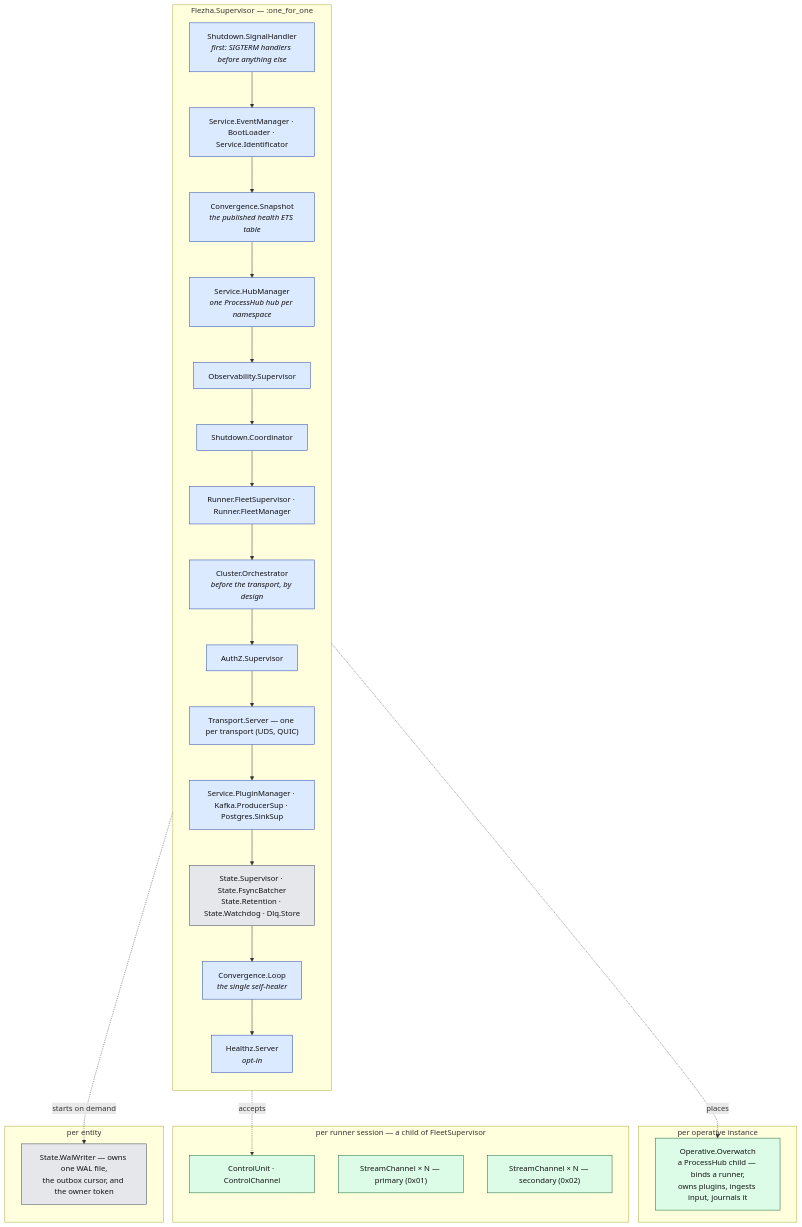
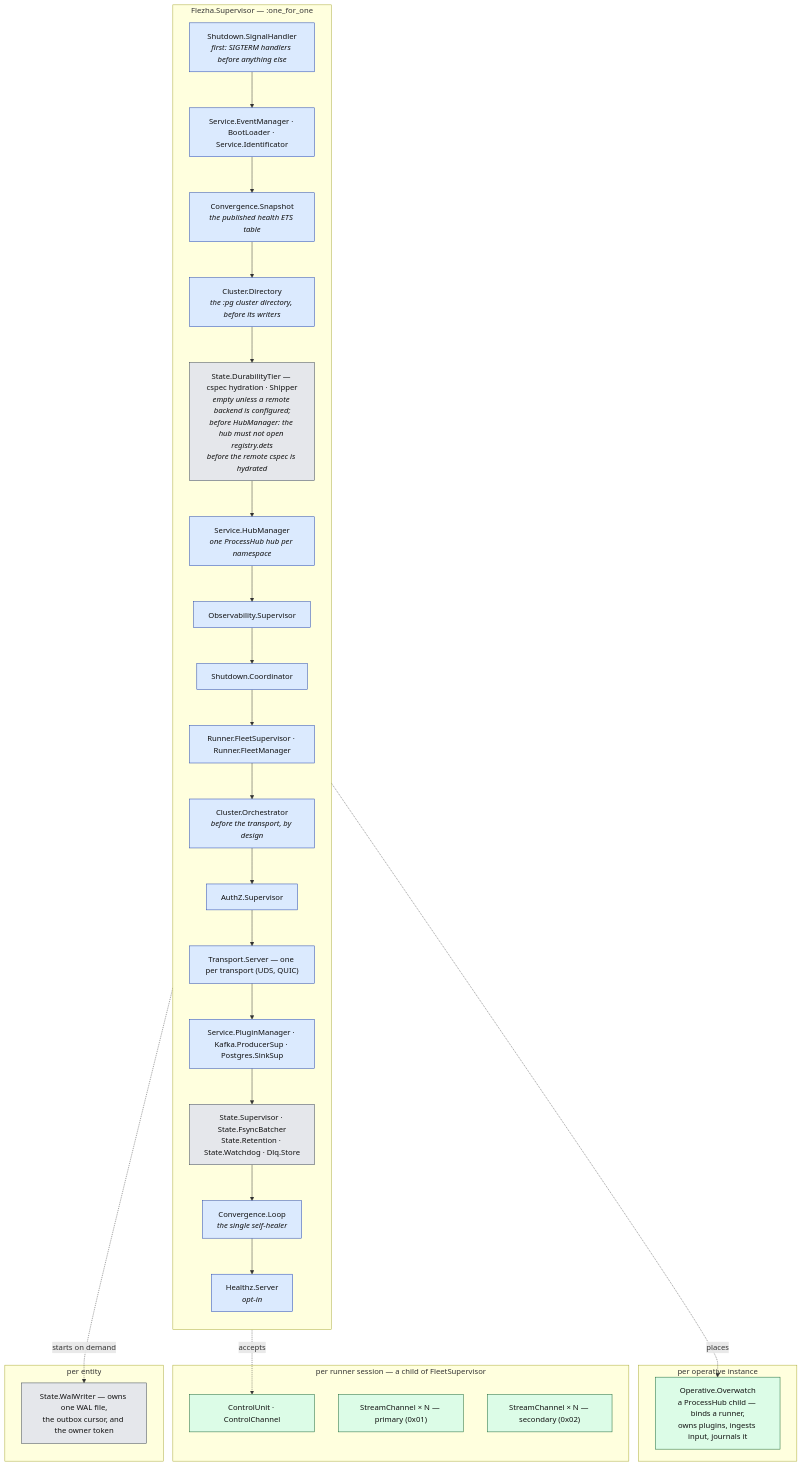
One commit to Flezha/flezha changed the sixth of 9 diagrams in docs/architecture/README.md. Above: the diagram before and after it, drawn with Mermaid. The commit also changed other lines of this file and 22 other files, not shown here.

First line of the commit message:
docs: sync diagrams and docs with partitions, the remote tier, and the single-actor control plane

````diff
--- a/docs/architecture/README.md
+++ b/docs/architecture/README.md
@@ -321,41 +328,43 @@
 ```mermaid
 flowchart TB
     subgraph APP["Flezha.Supervisor — :one_for_one"]
         direction TB
         A1["Shutdown.SignalHandler<br/><i>first: SIGTERM handlers before anything else</i>"]:::ctrl
         A2["Service.EventManager · BootLoader · Service.Identificator"]:::ctrl
         A3["Convergence.Snapshot<br/><i>the published health ETS table</i>"]:::ctrl
+        A3a["Cluster.Directory<br/><i>the :pg cluster directory, before its writers</i>"]:::ctrl
+        A3b["State.DurabilityTier — cspec hydration · Shipper<br/><i>empty unless a remote backend is configured;<br/>before HubManager: the hub must not open registry.dets<br/>before the remote cspec is hydrated</i>"]:::store
         A4["Service.HubManager<br/><i>one ProcessHub hub per namespace</i>"]:::ctrl
         A5["Observability.Supervisor"]:::ctrl
         A6["Shutdown.Coordinator"]:::ctrl
         A7["Runner.FleetSupervisor · Runner.FleetManager"]:::ctrl
         A8["Cluster.Orchestrator<br/><i>before the transport, by design</i>"]:::ctrl
         A9["AuthZ.Supervisor"]:::ctrl
         A10["Transport.Server — one per transport (UDS, QUIC)"]:::ctrl
         A11["Service.PluginManager · Kafka.ProducerSup · Postgres.SinkSup"]:::ctrl
         A12["State.Supervisor · State.FsyncBatcher<br/>State.Retention · State.Watchdog · Dlq.Store"]:::store
         A13["Convergence.Loop<br/><i>the single self-healer</i>"]:::ctrl
         A14["Healthz.Server<br/><i>opt-in</i>"]:::ctrl
-        A1 --> A2 --> A3 --> A4 --> A5 --> A6 --> A7 --> A8 --> A9 --> A10 --> A11 --> A12 --> A13 --> A14
+        A1 --> A2 --> A3 --> A3a --> A3b --> A4 --> A5 --> A6 --> A7 --> A8 --> A9 --> A10 --> A11 --> A12 --> A13 --> A14
     end
 
     subgraph PEROP["per operative instance"]
         OW["Operative.Overwatch<br/>a ProcessHub child — binds a runner,<br/>owns plugins, ingests input, journals it"]:::exec
     end
     subgraph PEREX["per runner session — a child of FleetSupervisor"]
         EX1["ControlUnit · ControlChannel"]:::exec
         EX2["StreamChannel × N — primary (0x01)"]:::exec
         EX3["StreamChannel × N — secondary (0x02)"]:::exec
     end
     subgraph PERSEG["per entity"]
         WW["State.WalWriter — owns one WAL file,<br/>the outbox cursor, and the owner token"]:::store
     end
 
     A4 -.->|"places"| OW
     A7 -.->|"accepts"| EX1
     A12 -.->|"starts on demand"| WW
 
     classDef ctrl fill:#dbeafe,stroke:#1e40af,color:#111
     classDef exec fill:#dcfce7,stroke:#166534,color:#111
     classDef store fill:#e5e7eb,stroke:#374151,color:#111
 ```
````
